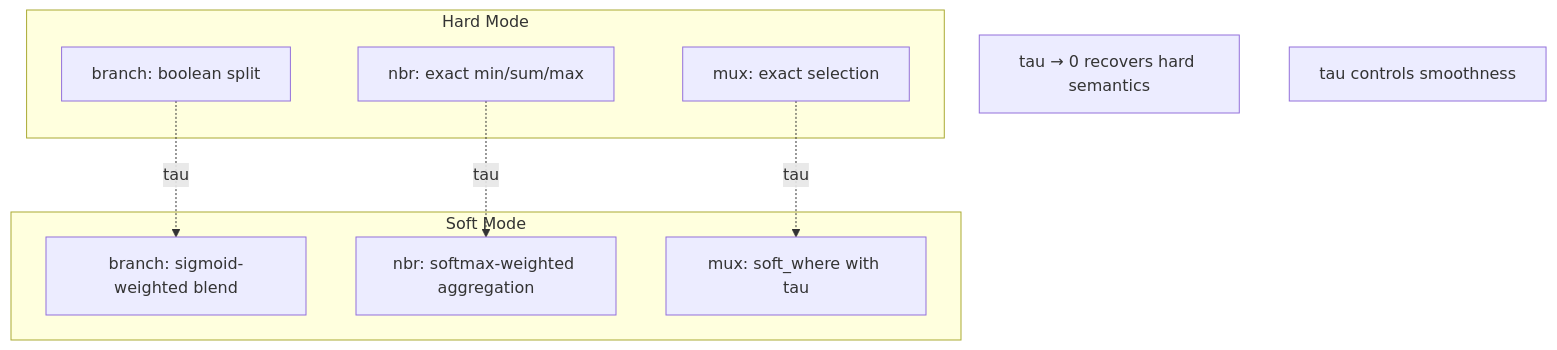
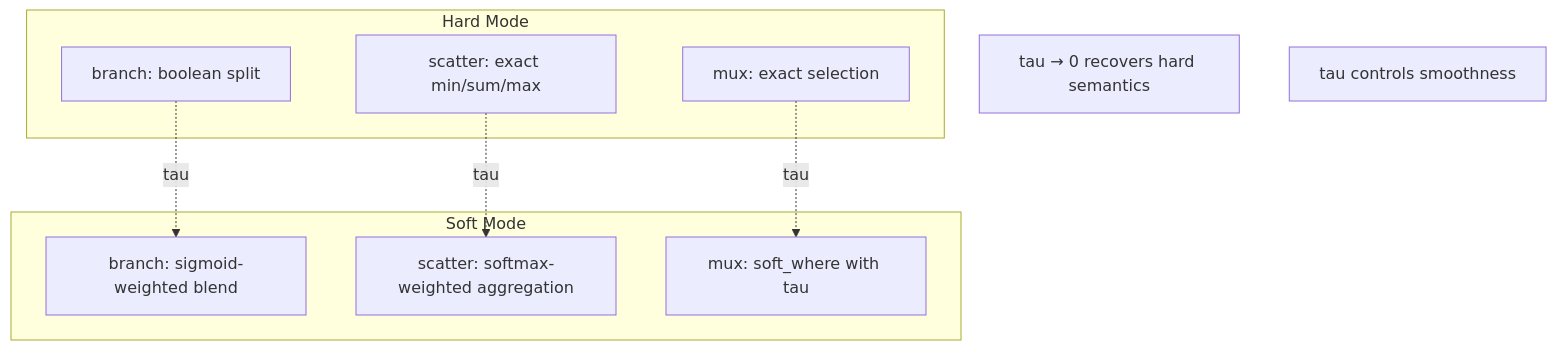
One commit to cric96/DifField changed diagram 11 of 15 in docs/architecture.md. Above: the diagram before and after it, drawn with Mermaid. The commit also changed other lines of this file and 48 other files, not shown here.

````diff
--- a/docs/architecture.md
+++ b/docs/architecture.md
@@ -526,21 +526,21 @@
 ```mermaid
 graph TB
     subgraph "Hard Mode"
         H1[branch: boolean split]
-        H2[nbr: exact min/sum/max]
+        H2[scatter: exact min/sum/max]
         H3[mux: exact selection]
     end
 
     subgraph "Soft Mode"
         S1[branch: sigmoid-weighted blend]
-        S2[nbr: softmax-weighted aggregation]
+        S2[scatter: softmax-weighted aggregation]
         S3[mux: soft_where with tau]
     end
 
     H1 -. tau .-> S1
     H2 -. tau .-> S2
     H3 -. tau .-> S3
 
     N1["tau → 0 recovers hard semantics"]
     N2["tau controls smoothness"]
 ```
````
